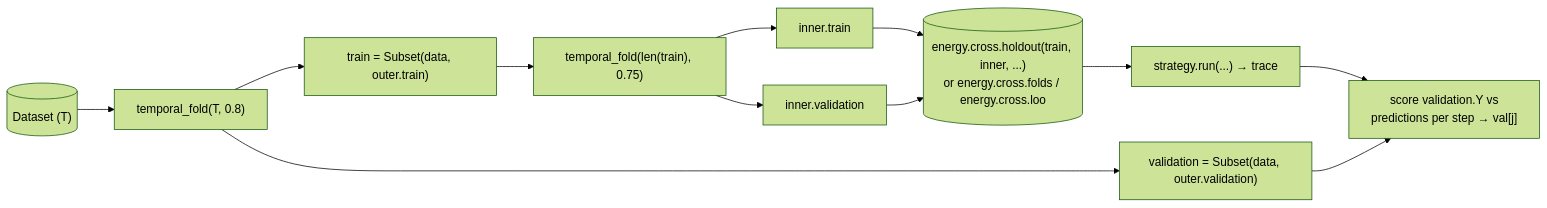
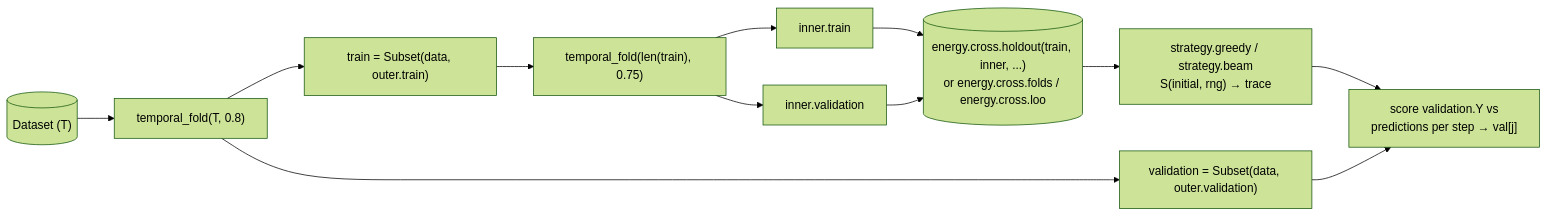
One commit to FujishigeTemma/edmkit-search changed the diagram in website/src/content/docs/concepts/validation.md. Above: the diagram before and after it, drawn with Mermaid (forest theme). The commit also changed other lines of this file and 14 other files, not shown here.

````diff
--- a/website/src/content/docs/concepts/validation.md
+++ b/website/src/content/docs/concepts/validation.md
@@ -15,24 +15,24 @@
 ```mermaid
 flowchart LR
     D[("Dataset (T)")]
     O["temporal_fold(T, 0.8)"]
     Tr["train = Subset(data, outer.train)"]
     Va["validation = Subset(data, outer.validation)"]
     I["temporal_fold(len(train), 0.75)"]
     Ti["inner.train"]
     Vi["inner.validation"]
     En[("energy.cross.holdout(train, inner, ...)<br/>or energy.cross.folds / energy.cross.loo")]
-    Ru["strategy.run(...) → trace"]
+    Ru["strategy.greedy / strategy.beam<br/>S(initial, rng) → trace"]
     Sc["score validation.Y vs<br/>predictions per step → val[j]"]
     D --> O
     O --> Tr
     O --> Va
     Tr --> I
     I --> Ti
     I --> Vi
     Ti --> En
     Vi --> En
     En --> Ru
     Ru --> Sc
     Va --> Sc
 ```
````
